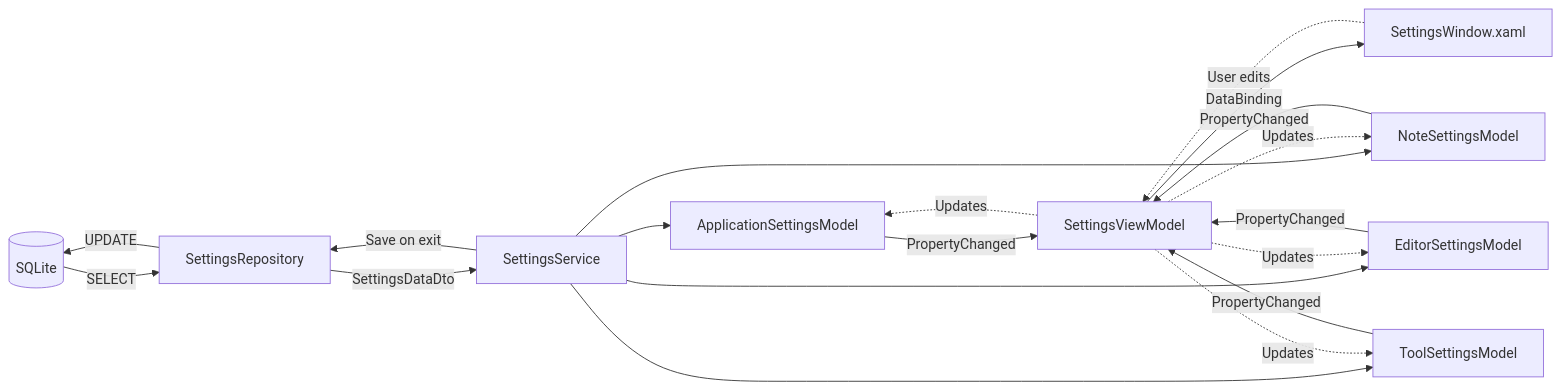
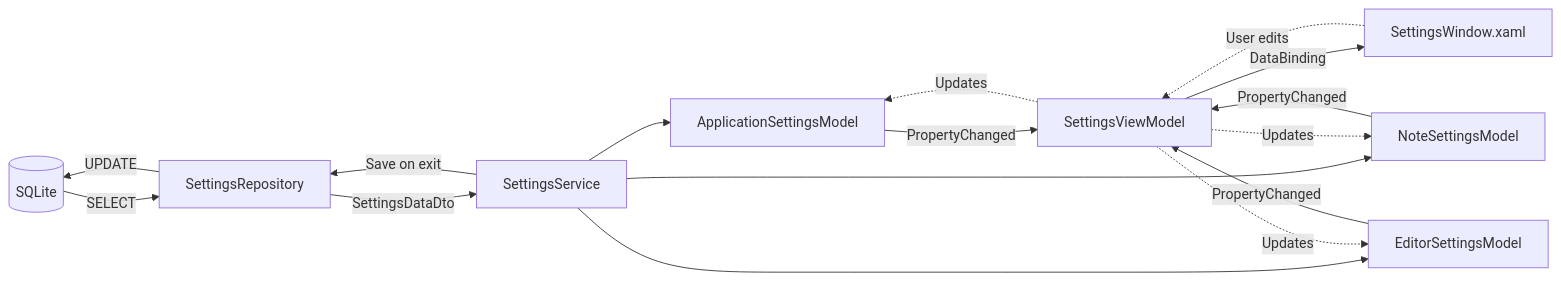
Before and after one commit to timothywarner-org/PinnyNotes: the second of 3 diagrams in README.md, drawn with Mermaid. The commit also changed other lines of this file and 98 other files, not shown here.

````diff
--- a/README.md
+++ b/README.md
@@ -348,10 +374,10 @@
 ```mermaid
 flowchart LR
     DB[(SQLite)] -->|SELECT| SR[SettingsRepository]
     SR -->|SettingsDataDto| SS[SettingsService]
-    SS --> ASM[ApplicationSettingsModel] & NSM[NoteSettingsModel] & ESM[EditorSettingsModel] & TSM[ToolSettingsModel]
-    ASM & NSM & ESM & TSM -->|PropertyChanged| SVM[SettingsViewModel]
+    SS --> ASM[ApplicationSettingsModel] & NSM[NoteSettingsModel] & ESM[EditorSettingsModel]
+    ASM & NSM & ESM -->|PropertyChanged| SVM[SettingsViewModel]
     SVM -->|DataBinding| SWX[SettingsWindow.xaml]
-    SWX -.->|User edits| SVM -.->|Updates| ASM & NSM & ESM & TSM
+    SWX -.->|User edits| SVM -.->|Updates| ASM & NSM & ESM
     SS -->|Save on exit| SR -->|UPDATE| DB
 ```
````
